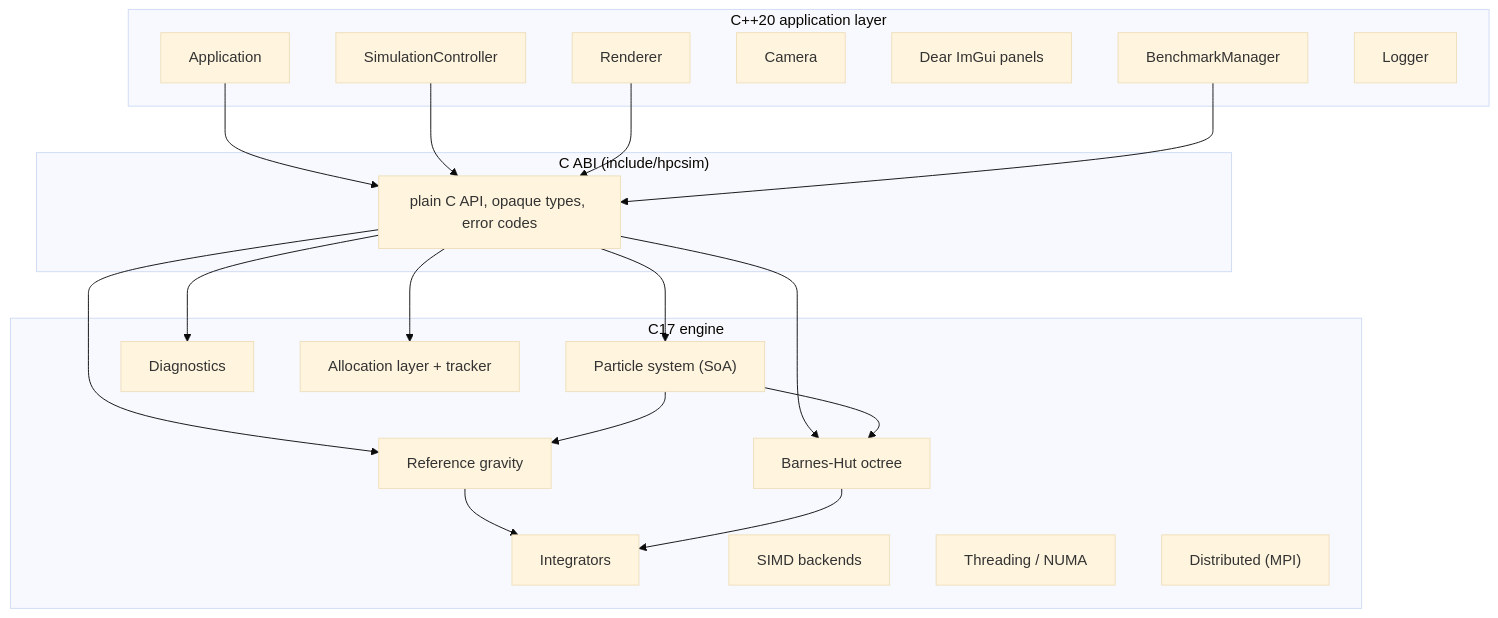
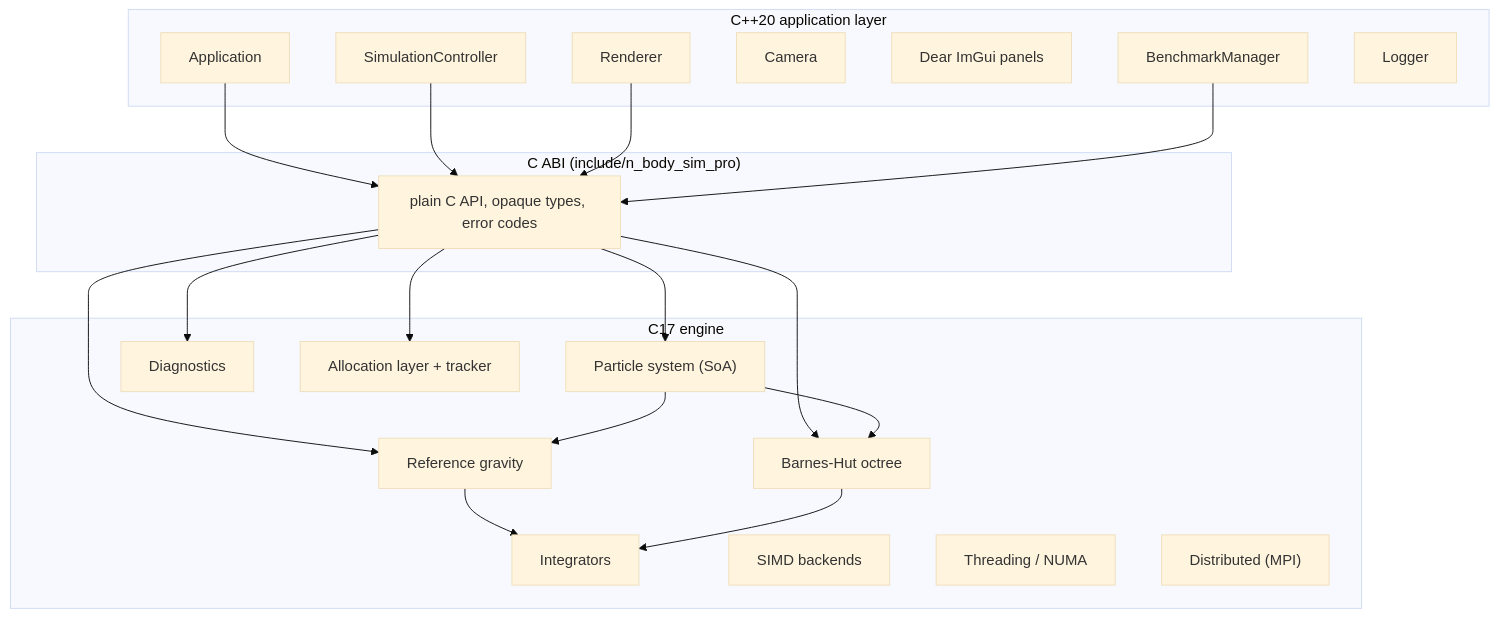
One commit to richie-rich90454/n_body_sim_pro changed the first of 2 diagrams in docs-site/architecture.md. Above: the diagram before and after it, drawn with Mermaid (base theme). The commit also changed other lines of this file and 9 other files, not shown here.

Commit message:
Rename HPCSim references in documentation site to N-Body Sim Pro

````diff
--- a/docs-site/architecture.md
+++ b/docs-site/architecture.md
@@ -6,39 +6,39 @@
 ```mermaid
 flowchart TB
     subgraph App["C++20 application layer"]
         A["Application"]
         SC["SimulationController"]
         R["Renderer"]
         C["Camera"]
         UI["Dear ImGui panels"]
         BM["BenchmarkManager"]
         LG["Logger"]
     end
-    subgraph Boundary["C ABI (include/hpcsim)"]
+    subgraph Boundary["C ABI (include/n_body_sim_pro)"]
         B["plain C API, opaque types, error codes"]
     end
     subgraph Engine["C17 engine"]
         PS["Particle system (SoA)"]
         GR["Reference gravity"]
         BH["Barnes-Hut octree"]
         INT["Integrators"]
         DIAG["Diagnostics"]
         MEM["Allocation layer + tracker"]
         SIMD["SIMD backends"]
         THR["Threading / NUMA"]
         MPI["Distributed (MPI)"]
     end
     A --> B
     SC --> B
     R --> B
     BM --> B
     B --> PS
     B --> GR
     B --> BH
     B --> DIAG
     B --> MEM
     GR --> INT
     BH --> INT
     PS --> GR
     PS --> BH
 ```
````
